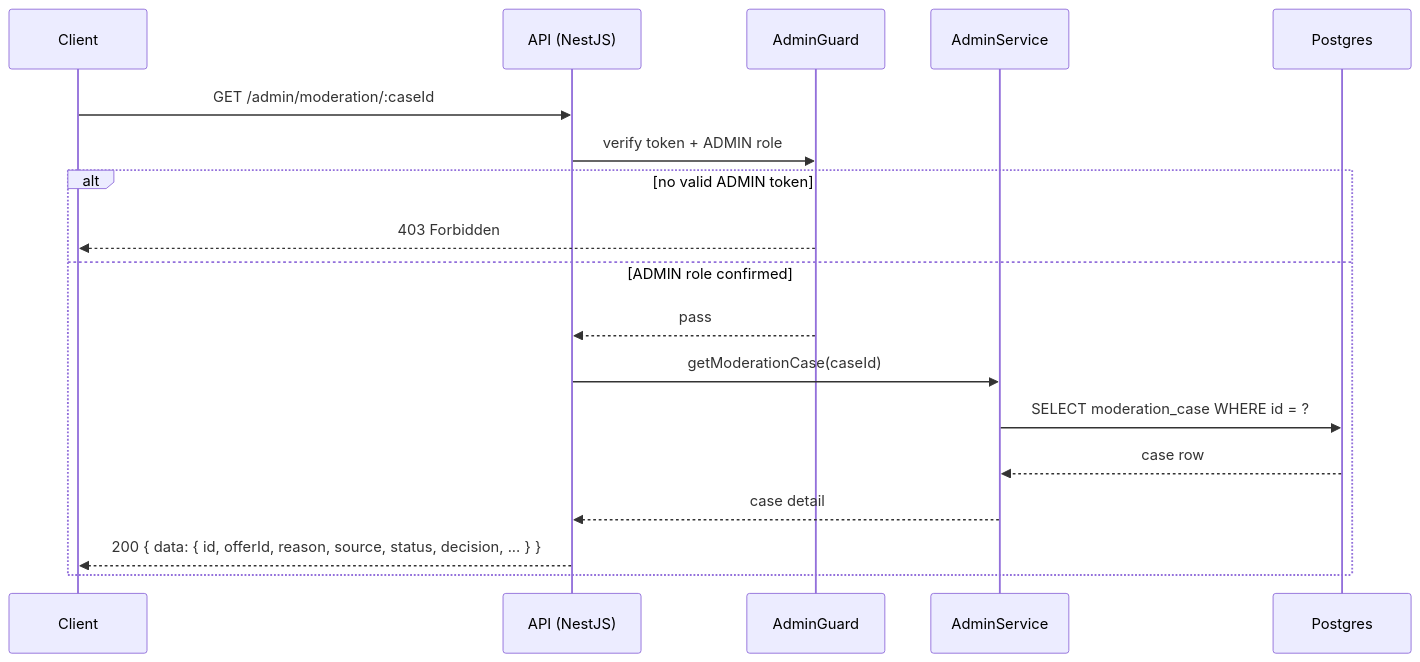
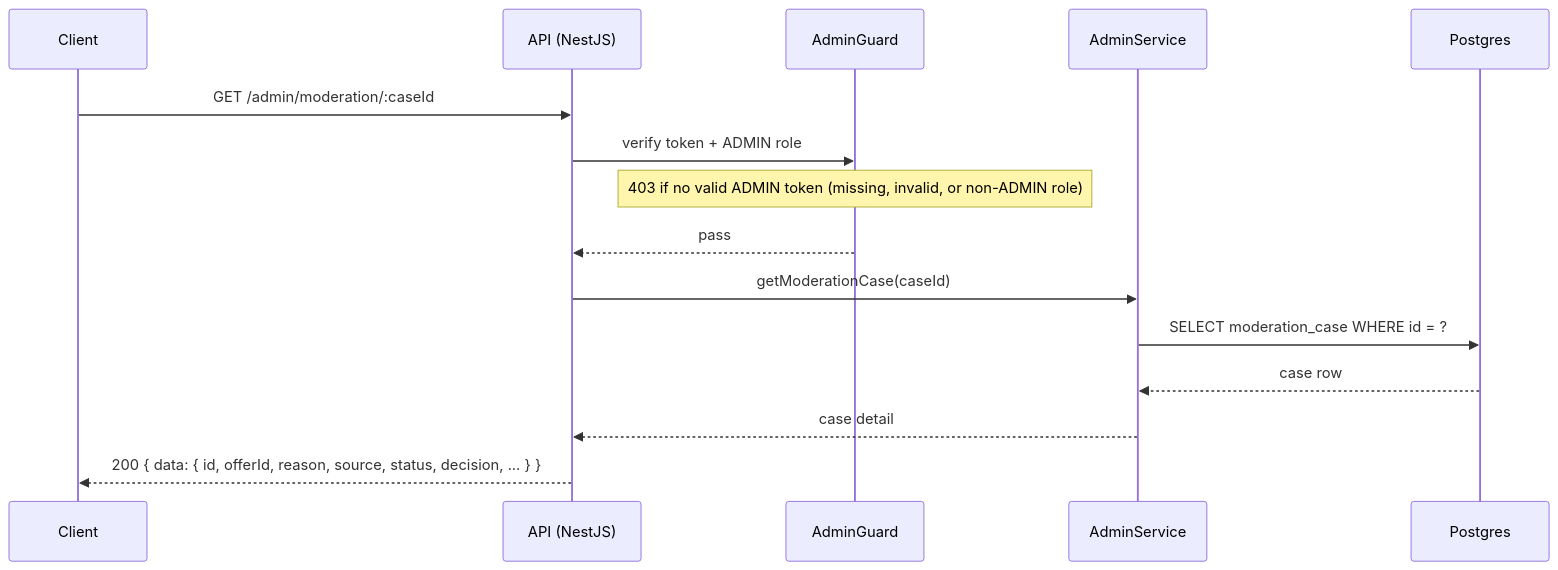
The ninth of 12 diagrams in phase-1/technical-design/api-design/admin.md (alisa-uthi/aliceut-ecom-document), drawn with Mermaid before and after one commit. The commit also changed other lines of this file and 35 other files, not shown here.

````diff
--- a/phase-1/technical-design/api-design/admin.md
+++ b/phase-1/technical-design/api-design/admin.md
@@ -515,21 +511,18 @@
 ```mermaid
 sequenceDiagram
     participant C as Client
     participant API as API (NestJS)
     participant G as AdminGuard
     participant S as AdminService
     participant PG as Postgres
 
     C->>API: GET /admin/moderation/:caseId
     API->>G: verify token + ADMIN role
-    alt no valid ADMIN token
-        G-->>C: 403 Forbidden
-    else ADMIN role confirmed
-        G-->>API: pass
-        API->>S: getModerationCase(caseId)
-        S->>PG: SELECT moderation_case WHERE id = ?
-        PG-->>S: case row
-        S-->>API: case detail
-        API-->>C: 200 { data: { id, offerId, reason, source, status, decision, ... } }
-    end
+    Note over G: 403 if no valid ADMIN token (missing, invalid, or non-ADMIN role)
+    G-->>API: pass
+    API->>S: getModerationCase(caseId)
+    S->>PG: SELECT moderation_case WHERE id = ?
+    PG-->>S: case row
+    S-->>API: case detail
+    API-->>C: 200 { data: { id, offerId, reason, source, status, decision, ... } }
 ```
````
